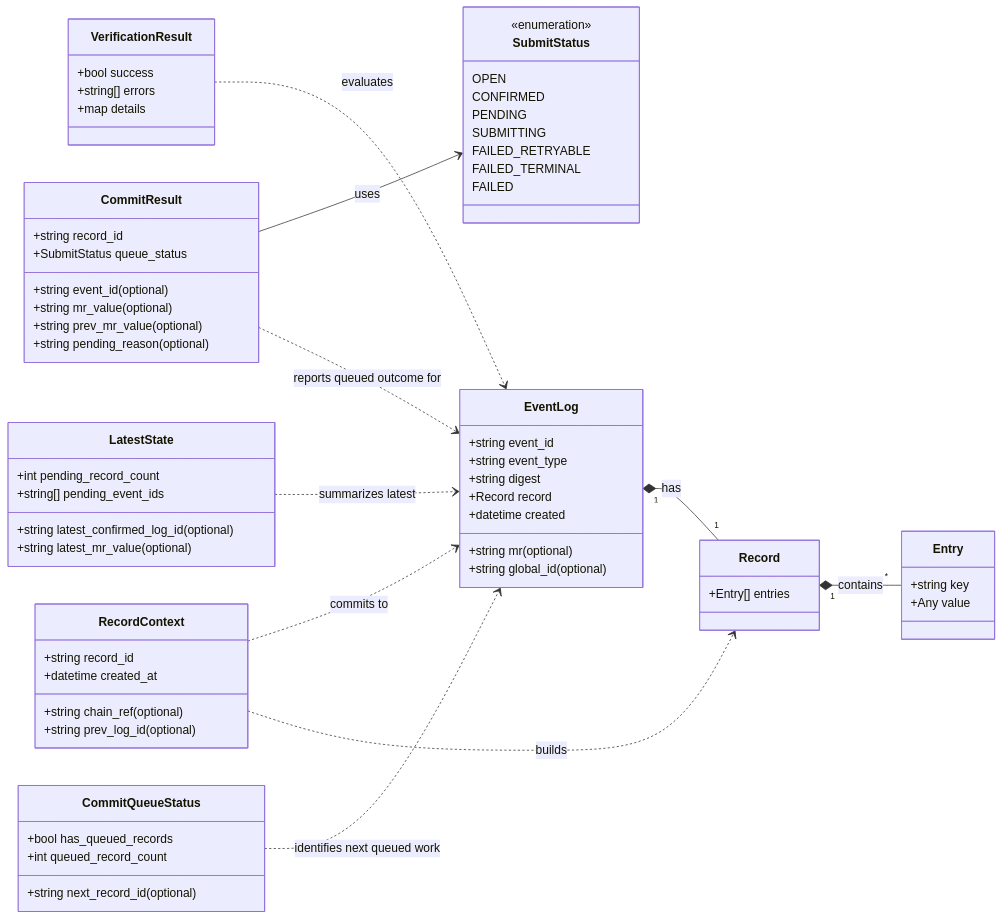
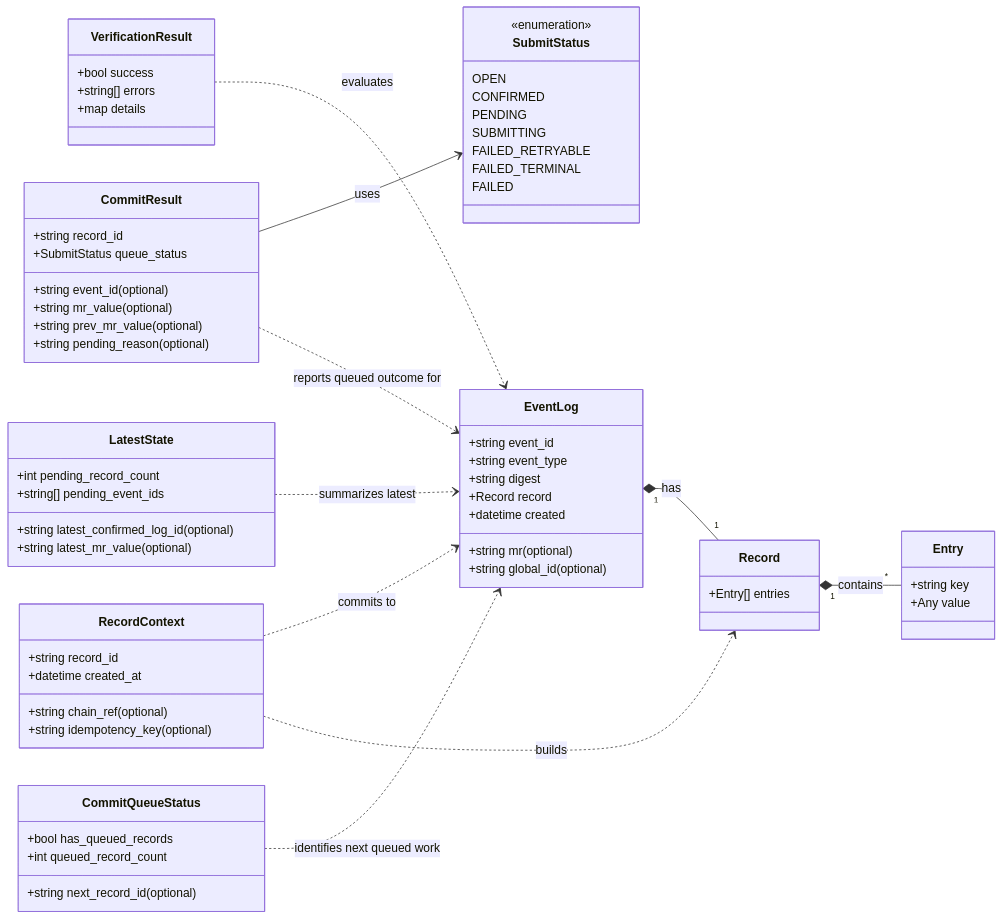
Before and after one commit to intel/confidential-computing-zoo: the fourth of 7 diagrams in docs/trusted-log/architecture.md, drawn with Mermaid. The commit also changed other lines of this file and 100 other files, not shown here.

````diff
--- a/docs/trusted-log/architecture.md
+++ b/docs/trusted-log/architecture.md
@@ -267,79 +276,79 @@
 ```mermaid
 classDiagram
     direction LR
 
     class SubmitStatus {
         <<enumeration>>
         OPEN
         CONFIRMED
         PENDING
         SUBMITTING
         FAILED_RETRYABLE
         FAILED_TERMINAL
         FAILED
     }
 
     class RecordContext {
         +string record_id
         +string chain_ref(optional)
         +datetime created_at
-        +string prev_log_id(optional)
+        +string idempotency_key(optional)
     }
 
     class EventLog {
         +string event_id
         +string event_type
         +string digest
         +Record record
         +datetime created
         +string mr(optional)
         +string global_id(optional)
     }
 
     class Record {
         +Entry[] entries
     }
 
     class Entry {
         +string key
         +Any value
     }
 
     class CommitResult {
         +string record_id
         +string event_id(optional)
         +SubmitStatus queue_status
         +string mr_value(optional)
         +string prev_mr_value(optional)
         +string pending_reason(optional)
     }
 
     class CommitQueueStatus {
         +bool has_queued_records
         +int queued_record_count
         +string next_record_id(optional)
     }
 
     class LatestState {
         +string latest_confirmed_log_id(optional)
         +int pending_record_count
         +string[] pending_event_ids
         +string latest_mr_value(optional)
     }
 
     class VerificationResult {
         +bool success
         +string[] errors
         +map details
     }
 
     EventLog "1" *-- "1" Record : has
     Record "1" *-- "*" Entry : contains
     RecordContext ..> Record : builds
     RecordContext ..> EventLog : commits to
     CommitResult ..> EventLog : reports queued outcome for
     CommitResult --> SubmitStatus : uses
     CommitQueueStatus ..> EventLog : identifies next queued work
     LatestState ..> EventLog : summarizes latest
     VerificationResult ..> EventLog : evaluates
 ```
````
